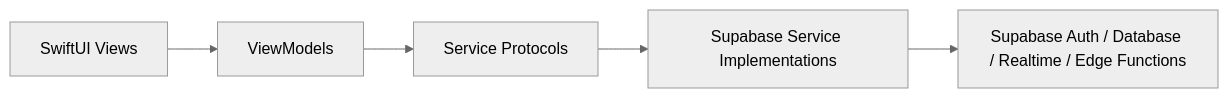
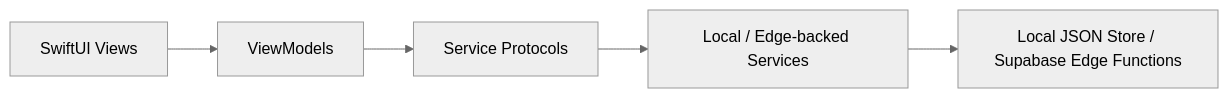
One commit to Paikchu/PeakLog changed the diagram in README.md. Above: the diagram before and after it, drawn with Mermaid (neutral theme). The commit also changed other lines of this file and 75 other files, not shown here.

````diff
--- a/README.md
+++ b/README.md
@@ -91,7 +90,7 @@
 ```mermaid
 flowchart LR
     A["SwiftUI Views"] --> B["ViewModels"]
     B --> C["Service Protocols"]
-    C --> D["Supabase Service Implementations"]
-    D --> E["Supabase Auth / Database / Realtime / Edge Functions"]
+    C --> D["Local / Edge-backed Services"]
+    D --> E["Local JSON Store / Supabase Edge Functions"]
 ```
````
